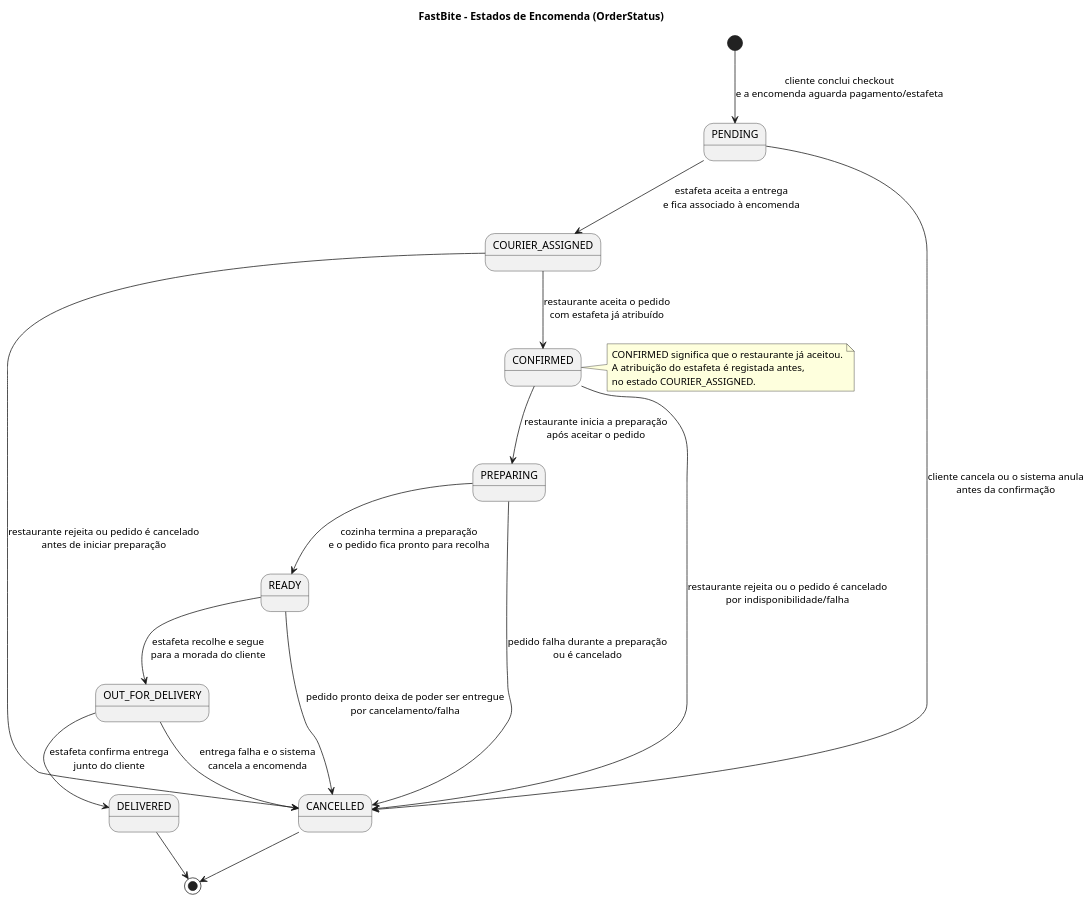
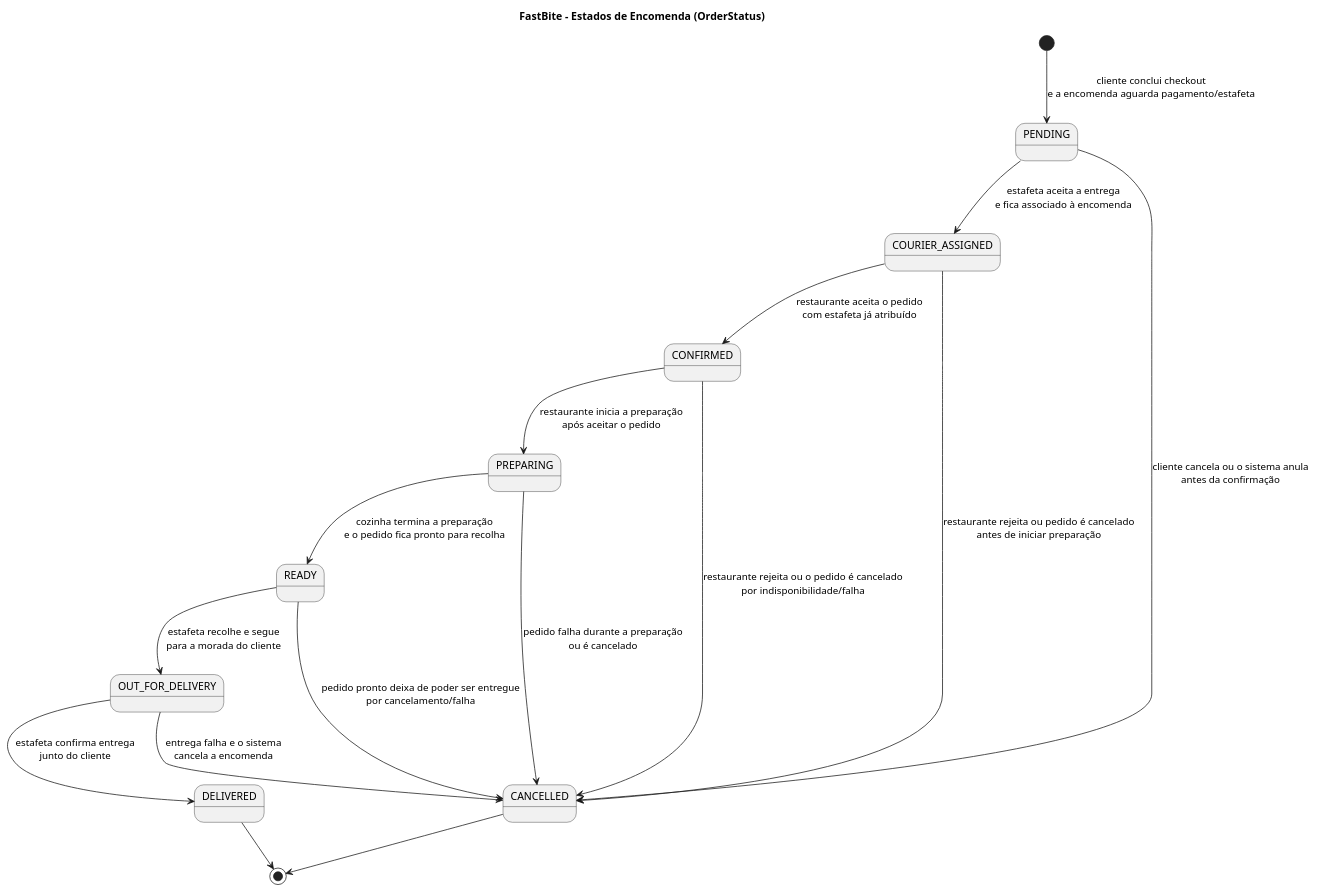
The diagram in Documentacao/docs novas/04a_estado_encomenda.puml (DuarteMSousa/FastBite), drawn with PlantUML before and after one commit. The commit also changed 2 other files, not shown here.

Commit message:
Remove explanatory notes from state diagrams
Remove 'note right' blocks from three PlantUML files to simplify diagrams: 04a_estado_encomenda.puml (CONFIRMED/COURIER_ASSIGNED note), 04b_estado_pagamento.puml (FAILED cascadeToOrder note), and 04c_estado_entrega.puml (PENDING/delivery_offers note). These are documentation-only changes with no functional impact.

```diff
--- a/Documentacao/docs novas/04a_estado_encomenda.puml
+++ b/Documentacao/docs novas/04a_estado_encomenda.puml
@@ -1,35 +1,29 @@
 @startuml FastBite_State_Order
 title FastBite - Estados de Encomenda (OrderStatus)
 
 skinparam shadowing false
 
 [*] --> PENDING : cliente conclui checkout\ne a encomenda aguarda pagamento/estafeta
 
 PENDING --> COURIER_ASSIGNED : estafeta aceita a entrega\ne fica associado à encomenda
 PENDING --> CANCELLED : cliente cancela ou o sistema anula\nantes da confirmação
 
 COURIER_ASSIGNED --> CONFIRMED : restaurante aceita o pedido\ncom estafeta já atribuído
 COURIER_ASSIGNED --> CANCELLED : restaurante rejeita ou pedido é cancelado\nantes de iniciar preparação
 
 CONFIRMED --> PREPARING : restaurante inicia a preparação\napós aceitar o pedido
 CONFIRMED --> CANCELLED : restaurante rejeita ou o pedido é cancelado\npor indisponibilidade/falha
 
 PREPARING --> READY : cozinha termina a preparação\ne o pedido fica pronto para recolha
 PREPARING --> CANCELLED : pedido falha durante a preparação\nou é cancelado
 
 READY --> OUT_FOR_DELIVERY : estafeta recolhe e segue\npara a morada do cliente
 READY --> CANCELLED : pedido pronto deixa de poder ser entregue\npor cancelamento/falha
 
 OUT_FOR_DELIVERY --> DELIVERED : estafeta confirma entrega\njunto do cliente
 OUT_FOR_DELIVERY --> CANCELLED : entrega falha e o sistema\ncancela a encomenda
 
 DELIVERED --> [*]
 CANCELLED --> [*]
 
-note right of CONFIRMED
-  CONFIRMED significa que o restaurante já aceitou.
-  A atribuição do estafeta é registada antes,
-  no estado COURIER_ASSIGNED.
-end note
-
 @enduml
```
